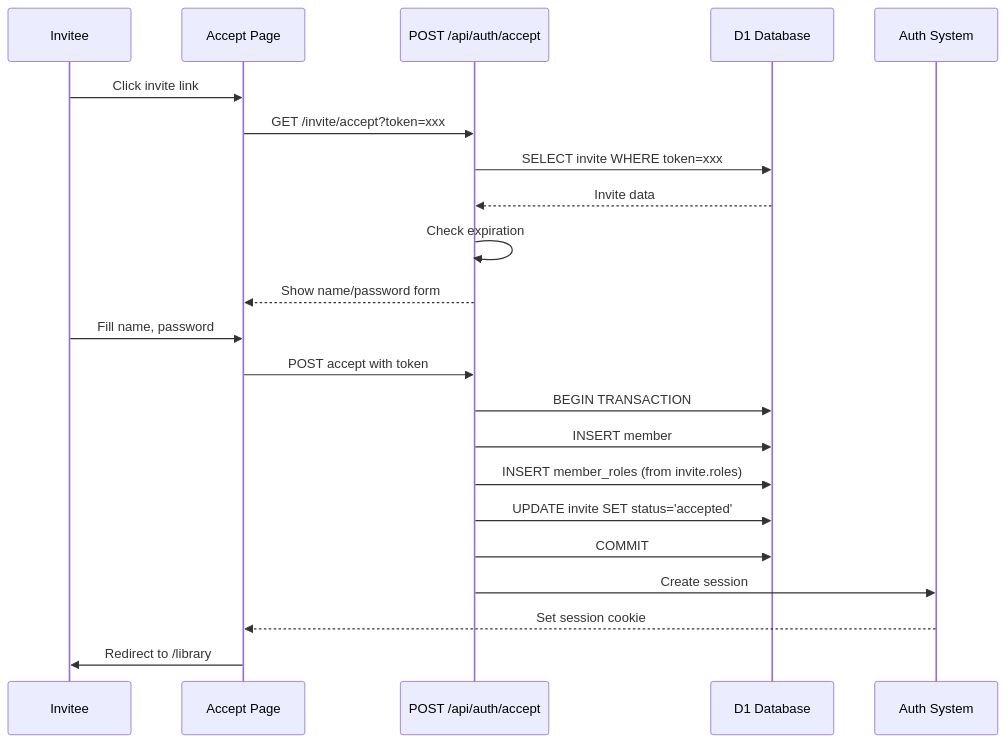
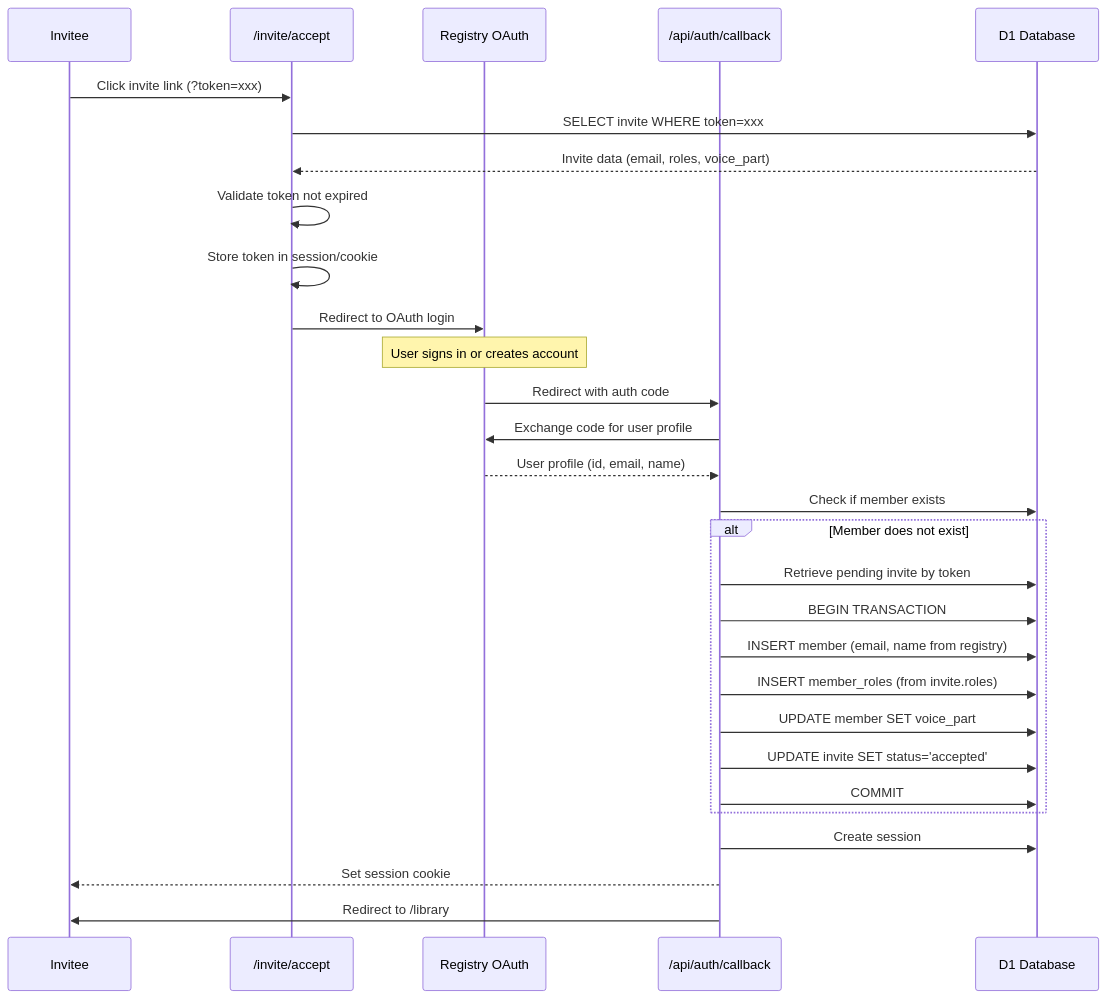
One commit to mitselek/polyphony changed the second of 2 diagrams in apps/vault/docs/invitation-flow.md. Above: the diagram before and after it, drawn with Mermaid. The commit also changed other lines of this file, not shown here.

Commit message:
docs(vault): update acceptance flow to use registry OAuth
- Document registry-based authentication flow
- New users sign in via registry (create account if needed)
- Vault membership created from invite + registry profile
- Detailed implementation steps and sequence diagram
- Token persistence across OAuth redirect

````diff
--- a/apps/vault/docs/invitation-flow.md
+++ b/apps/vault/docs/invitation-flow.md
@@ -104,25 +110,32 @@
 ```mermaid
 sequenceDiagram
     participant Invitee
-    participant UI as Accept Page
-    participant API as POST /api/auth/accept
+    participant Accept as /invite/accept
+    participant Registry as Registry OAuth
+    participant Callback as /api/auth/callback
     participant DB as D1 Database
-    participant Auth as Auth System
-
-    Invitee->>UI: Click invite link
-    UI->>API: GET /invite/accept?token=xxx
-    API->>DB: SELECT invite WHERE token=xxx
-    DB-->>API: Invite data
-    API->>API: Check expiration
-    API-->>UI: Show name/password form
-    Invitee->>UI: Fill name, password
-    UI->>API: POST accept with token
-    API->>DB: BEGIN TRANSACTION
-    API->>DB: INSERT member
-    API->>DB: INSERT member_roles (from invite.roles)
-    API->>DB: UPDATE invite SET status='accepted'
-    API->>DB: COMMIT
-    API->>Auth: Create session
-    Auth-->>UI: Set session cookie
-    UI->>Invitee: Redirect to /library
+    
+    Invitee->>Accept: Click invite link (?token=xxx)
+    Accept->>DB: SELECT invite WHERE token=xxx
+    DB-->>Accept: Invite data (email, roles, voice_part)
+    Accept->>Accept: Validate token not expired
+    Accept->>Accept: Store token in session/cookie
+    Accept->>Registry: Redirect to OAuth login
+    Note over Registry: User signs in or creates account
+    Registry->>Callback: Redirect with auth code
+    Callback->>Registry: Exchange code for user profile
+    Registry-->>Callback: User profile (id, email, name)
+    Callback->>DB: Check if member exists
+    alt Member does not exist
+        Callback->>DB: Retrieve pending invite by token
+        Callback->>DB: BEGIN TRANSACTION
+        Callback->>DB: INSERT member (email, name from registry)
+        Callback->>DB: INSERT member_roles (from invite.roles)
+        Callback->>DB: UPDATE member SET voice_part
+        Callback->>DB: UPDATE invite SET status='accepted'
+        Callback->>DB: COMMIT
+    end
+    Callback->>DB: Create session
+    Callback-->>Invitee: Set session cookie
+    Callback->>Invitee: Redirect to /library
 ```
````
